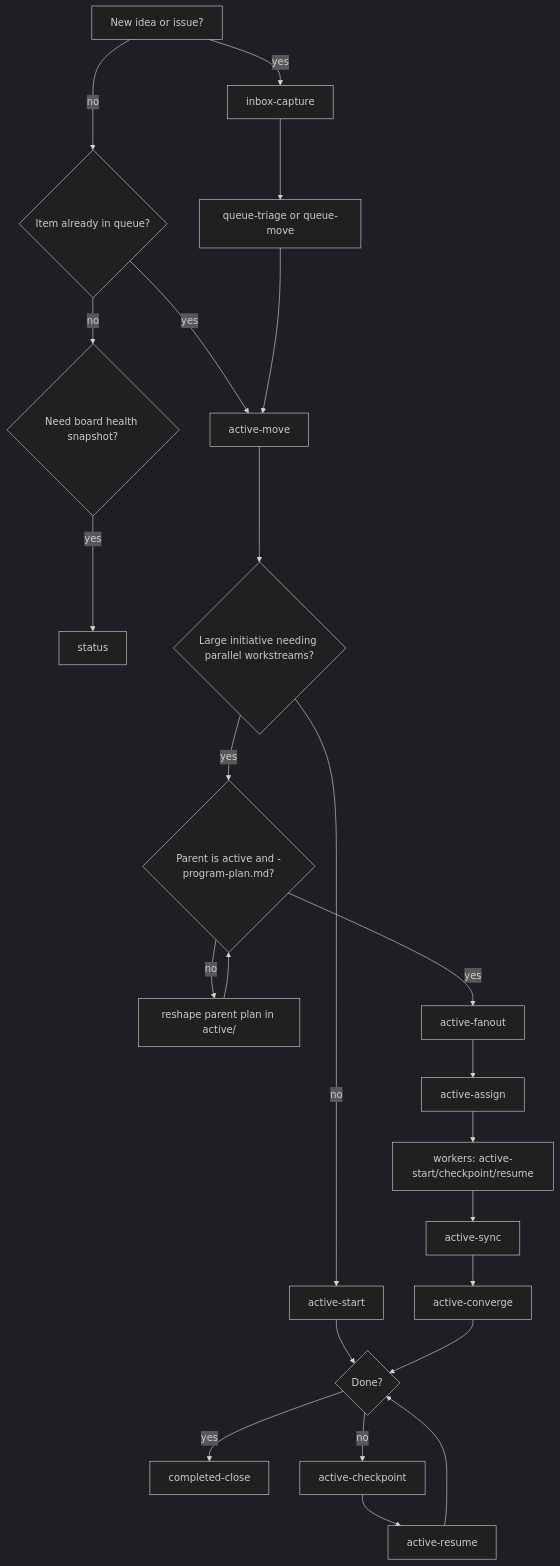
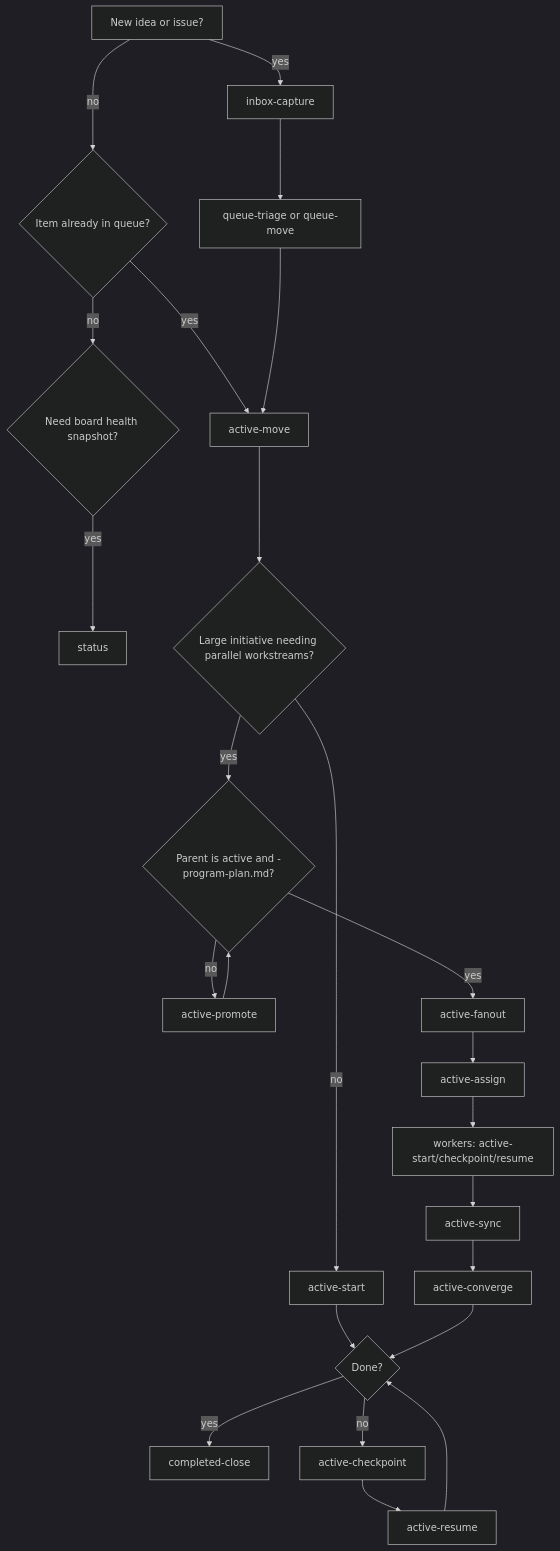
One commit to woeiru/lab changed the diagram in doc/man/09-wow-workflow-board.md. Above: the diagram before and after it, drawn with Mermaid (dark theme). The commit also changed other lines of this file and 7 other files, not shown here.

````diff
--- a/doc/man/09-wow-workflow-board.md
+++ b/doc/man/09-wow-workflow-board.md
@@ -15,31 +15,31 @@
 ```mermaid
 flowchart TD
     A["New idea or issue?"] -->|yes| IC["inbox-capture"]
     A -->|no| B{"Item already in queue?"}
 
     IC --> QT["queue-triage or queue-move"]
     B -->|yes| AM["active-move"]
     B -->|no| C{"Need board health snapshot?"}
     C -->|yes| ST["status"]
 
     QT --> AM
     AM --> D{"Large initiative needing parallel workstreams?"}
 
     D -->|no| AS["active-start"]
     D -->|yes| PF{"Parent is active and -program-plan.md?"}
-    PF -->|no| FIX["reshape parent plan in active/"]
-    FIX --> PF
+    PF -->|no| AP["active-promote"]
+    AP --> PF
     PF -->|yes| AF["active-fanout"]
 
     AF --> AA["active-assign"]
     AA --> W["workers: active-start/checkpoint/resume"]
     W --> SY["active-sync"]
     SY --> CV["active-converge"]
 
     AS --> CHK{"Done?"}
     CV --> CHK
     CHK -->|yes| CC["completed-close"]
     CHK -->|no| CP["active-checkpoint"]
     CP --> AR["active-resume"]
     AR --> CHK
 ```
````
